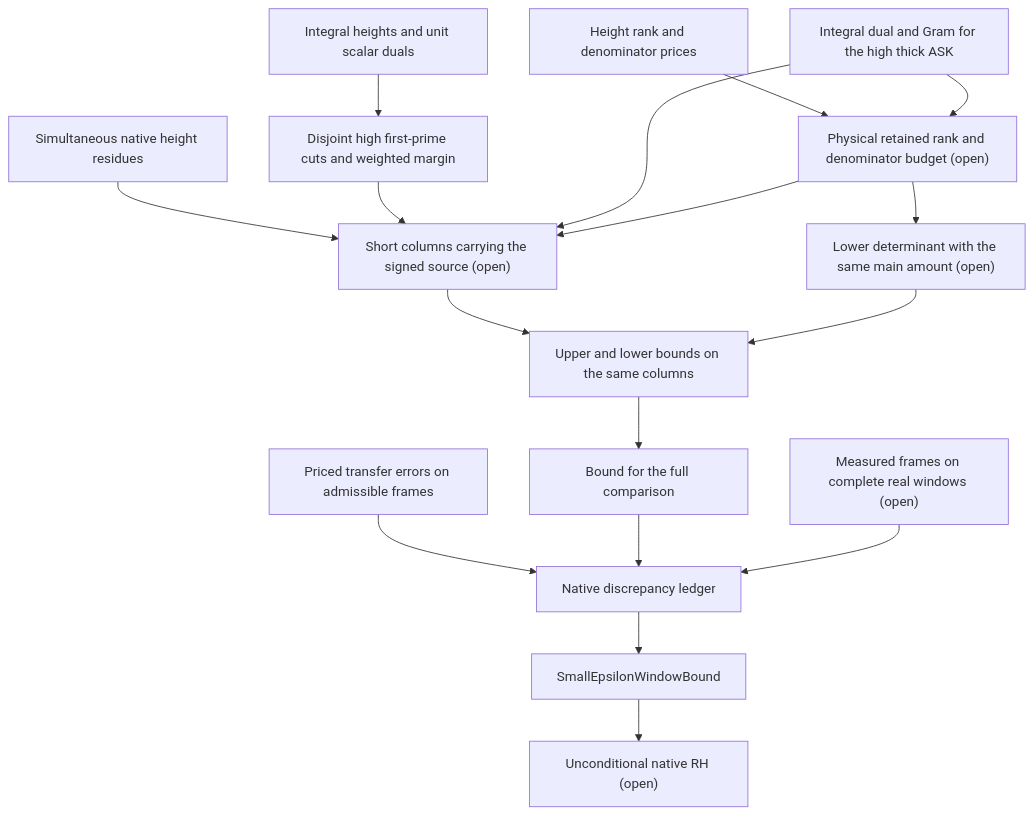
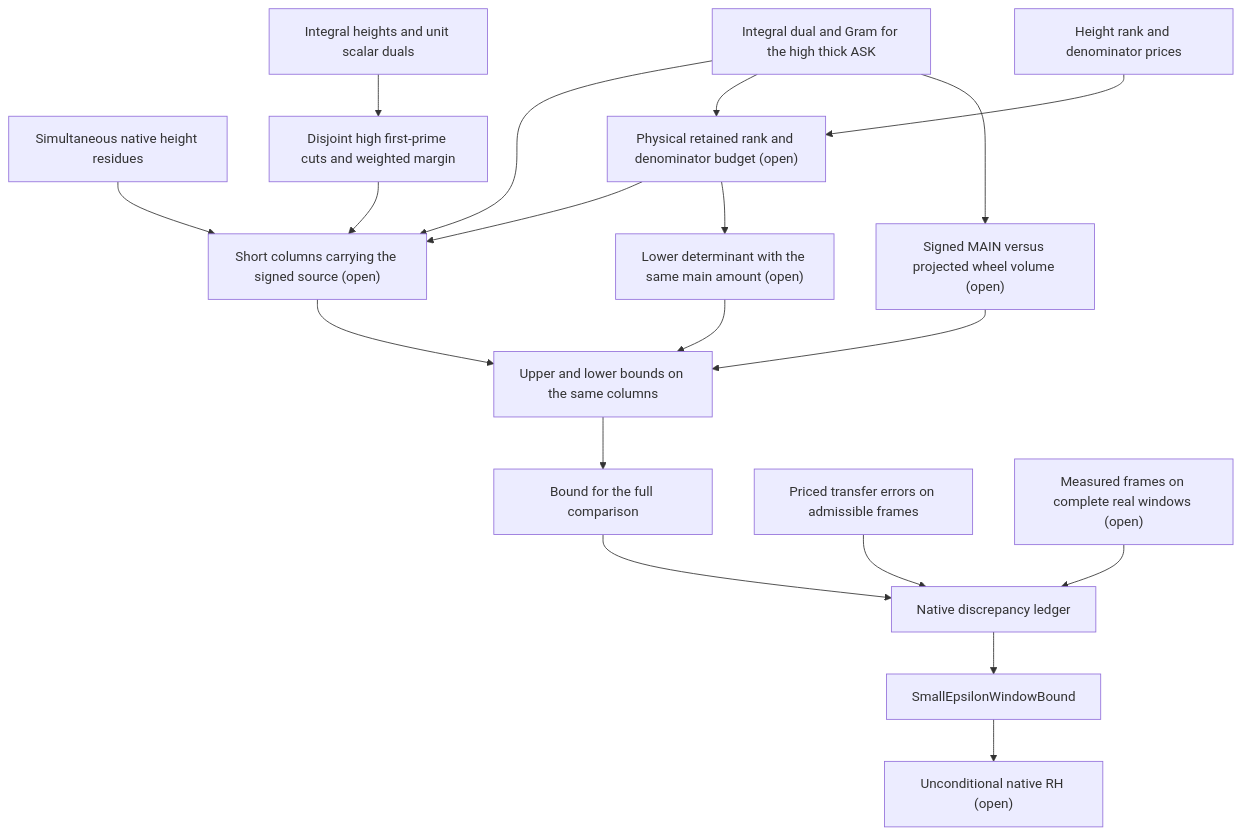
The diagram in research/NATIVE_QUANTITATIVE_DISCREPANCY_LEDGER_20261125.md (OVVO-Financial/RH_Lean), drawn with Mermaid before and after one commit. The commit also changed other lines of this file and 4 other files, not shown here.

````diff
--- a/research/NATIVE_QUANTITATIVE_DISCREPANCY_LEDGER_20261125.md
+++ b/research/NATIVE_QUANTITATIVE_DISCREPANCY_LEDGER_20261125.md
@@ -426,19 +427,21 @@
 ```mermaid
 flowchart TD
     R["Simultaneous native height residues"] --> A["Short columns carrying the signed source (open)"]
     K["Height rank and denominator prices"] --> B["Physical retained rank and denominator budget (open)"]
     T["Integral heights and unit scalar duals"] --> P["Disjoint high first-prime cuts and weighted margin"]
     P --> A
     J["Integral dual and Gram for the high thick ASK"] --> A
     J --> B
+    J --> M["Signed MAIN versus projected wheel volume (open)"]
+    M --> S
     B --> A
     B --> C["Lower determinant with the same main amount (open)"]
     A --> S["Upper and lower bounds on the same columns"]
     C --> S
     S --> E["Bound for the full comparison"]
     D["Priced transfer errors on admissible frames"] --> F["Native discrepancy ledger"]
     E --> F
     W["Measured frames on complete real windows (open)"] --> F
     F --> H["SmallEpsilonWindowBound"]
     H --> Z["Unconditional native RH (open)"]
 ```
````
